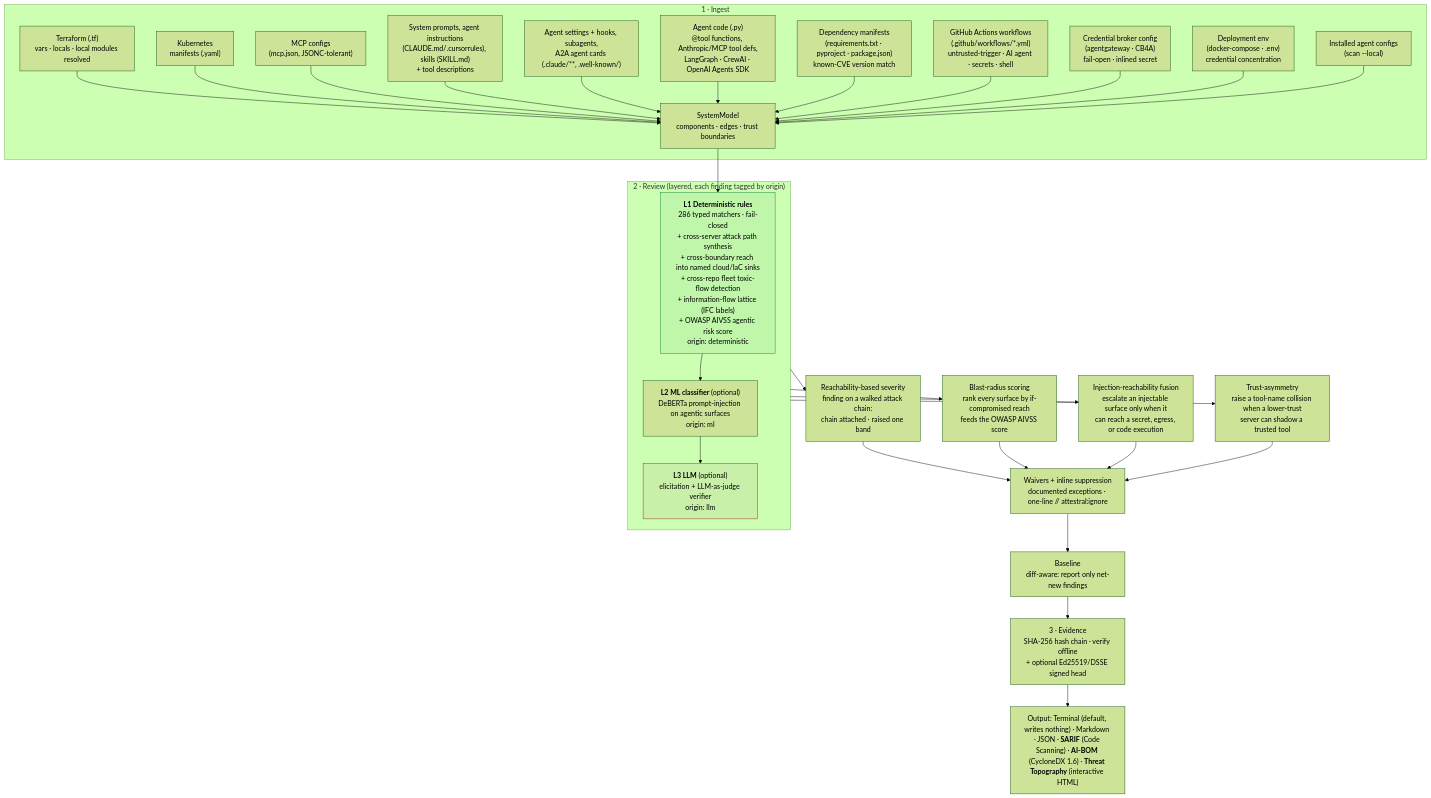
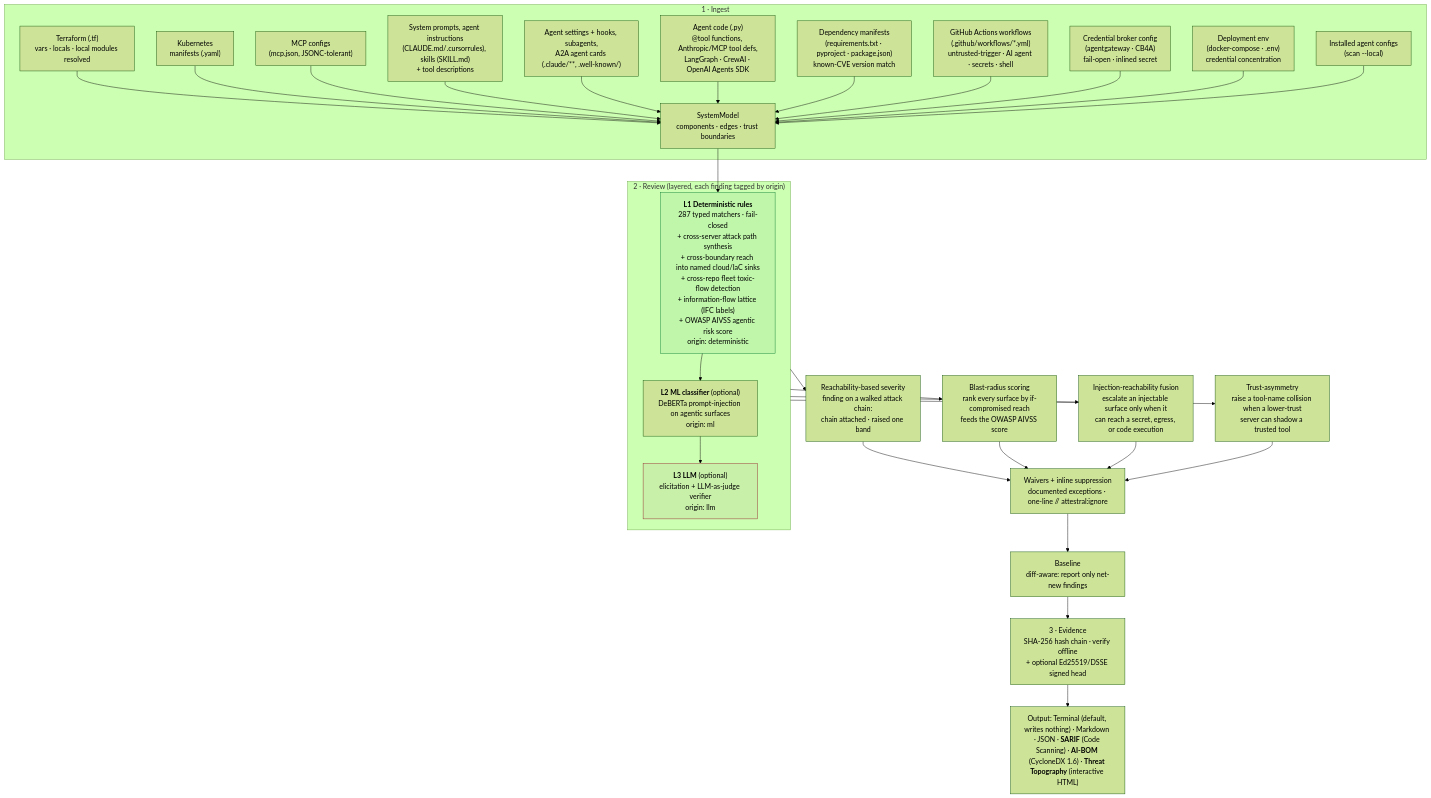
One commit to attestral-labs/attestral changed the first of 5 diagrams in README.md. Above: the diagram before and after it, drawn with Mermaid (forest theme). The commit also changed other lines of this file and 18 other files, not shown here.

````diff
--- a/README.md
+++ b/README.md
@@ -124,37 +124,37 @@
 ```mermaid
 flowchart TB
     subgraph ING["1 · Ingest"]
         TF["Terraform (.tf)<br/>vars · locals · local modules resolved"] --> M
         K8S["Kubernetes<br/>manifests (.yaml)"] --> M
         MCP["MCP configs<br/>(mcp.json, JSONC-tolerant)"] --> M
         SP["System prompts, agent instructions<br/>(CLAUDE.md/.cursorrules), skills (SKILL.md)<br/>+ tool descriptions"] --> M
         AC["Agent settings + hooks, subagents,<br/>A2A agent cards (.claude/**, .well-known/)"] --> M
         CODE["Agent code (.py)<br/>@tool functions, Anthropic/MCP tool defs,<br/>LangGraph · CrewAI · OpenAI Agents SDK"] --> M
         DEP["Dependency manifests<br/>(requirements.txt · pyproject · package.json)<br/>known-CVE version match"] --> M
         GHA["GitHub Actions workflows<br/>(.github/workflows/*.yml)<br/>untrusted-trigger · AI agent · secrets · shell"] --> M
         GW["Credential broker config<br/>(agentgateway · CB4A)<br/>fail-open · inlined secret"] --> M
         DENV["Deployment env<br/>(docker-compose · .env)<br/>credential concentration"] --> M
         LC["Installed agent configs<br/>(scan --local)"] --> M
         M["SystemModel<br/>components · edges · trust boundaries"]
     end
     M --> L1
     subgraph REV["2 · Review (layered, each finding tagged by origin)"]
-        L1["<b>L1 Deterministic rules</b><br/>286 typed matchers · fail-closed<br/>+ cross-server attack path synthesis<br/>+ cross-boundary reach into named cloud/IaC sinks<br/>+ cross-repo fleet toxic-flow detection<br/>+ information-flow lattice (IFC labels)<br/>+ OWASP AIVSS agentic risk score<br/>origin: deterministic"]
+        L1["<b>L1 Deterministic rules</b><br/>287 typed matchers · fail-closed<br/>+ cross-server attack path synthesis<br/>+ cross-boundary reach into named cloud/IaC sinks<br/>+ cross-repo fleet toxic-flow detection<br/>+ information-flow lattice (IFC labels)<br/>+ OWASP AIVSS agentic risk score<br/>origin: deterministic"]
         L2["<b>L2 ML classifier</b> (optional)<br/>DeBERTa prompt-injection on agentic surfaces<br/>origin: ml"]
         L3["<b>L3 LLM</b> (optional)<br/>elicitation + LLM-as-judge verifier<br/>origin: llm"]
         L1 --> L2 --> L3
     end
     REV --> RS["Reachability-based severity<br/>finding on a walked attack chain:<br/>chain attached · raised one band"]
     REV --> BR["Blast-radius scoring<br/>rank every surface by if-compromised reach<br/>feeds the OWASP AIVSS score"]
     REV --> IR["Injection-reachability fusion<br/>escalate an injectable surface only when it<br/>can reach a secret, egress, or code execution"]
     REV --> TA["Trust-asymmetry<br/>raise a tool-name collision when a lower-trust<br/>server can shadow a trusted tool"]
     RS --> W["Waivers + inline suppression<br/>documented exceptions · one-line // attestral:ignore"]
     BR --> W
     IR --> W
     TA --> W
     W --> BL["Baseline<br/>diff-aware: report only net-new findings"]
     BL --> EV["3 · Evidence<br/>SHA-256 hash chain · verify offline<br/>+ optional Ed25519/DSSE signed head"]
     EV --> OUT["Output: Terminal (default, writes nothing) · Markdown · JSON · <b>SARIF</b> (Code Scanning) · <b>AI-BOM</b> (CycloneDX 1.6) · <b>Threat Topography</b> (interactive HTML)"]
     style L1 fill:#0a7d3611,stroke:#0a7d36
     style L3 fill:#96222E11,stroke:#96222E
 ```
````
